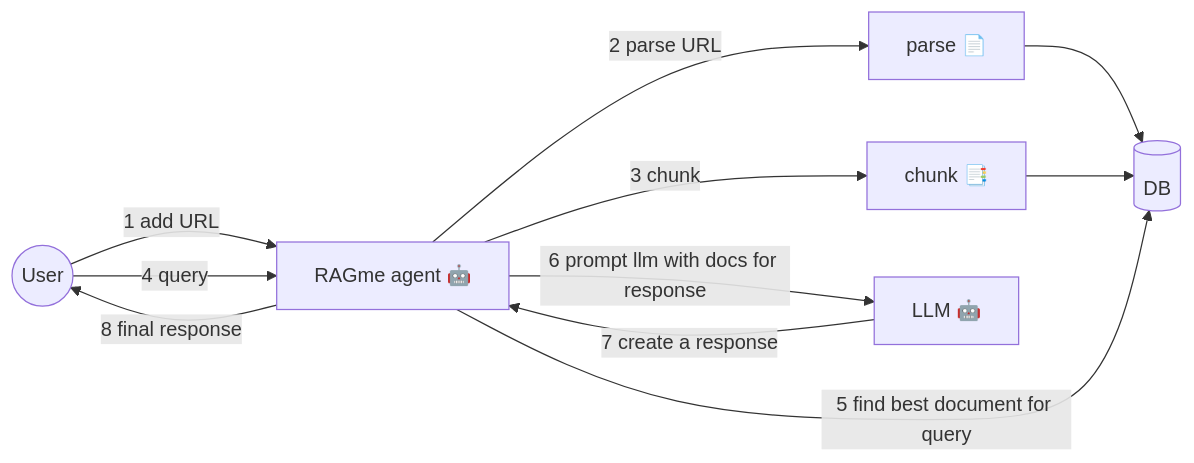
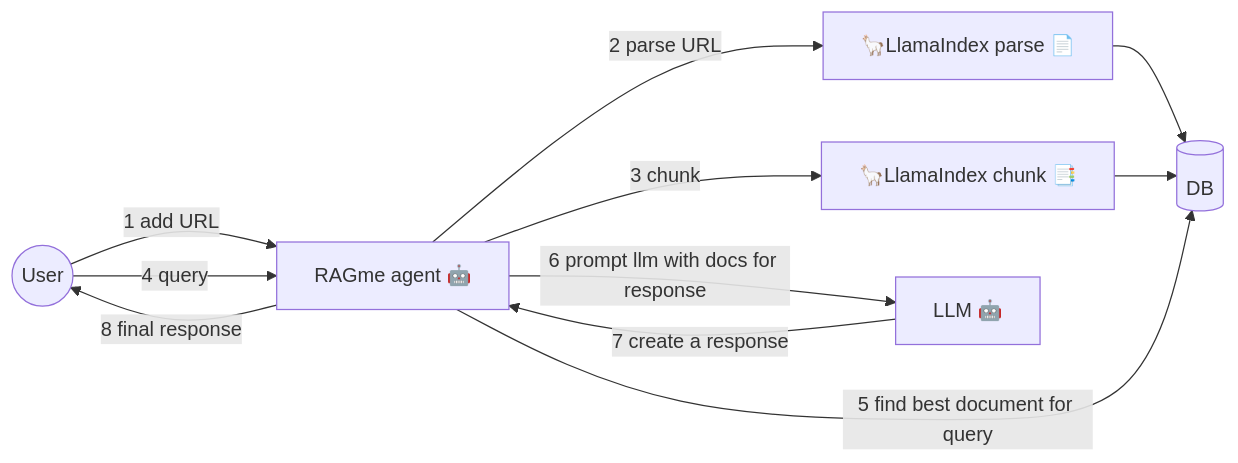
The diagram in README.md (maximilien/ragme-io), drawn with Mermaid before and after one commit.

````diff
--- a/README.md
+++ b/README.md
@@ -100,17 +100,17 @@
 ```mermaid
 flowchart LR
     user((User)) -- "1 add URL" --> ragme-agent["RAGme agent 🤖"]
 
-    ragme-agent -- "2 parse URL" --> llama-index-parse["parse 📄"]
-    ragme-agent -- "3 chunk" --> llama-index-chunk["chunk 📑"]
+    ragme-agent -- "2 parse URL" --> llama-index-parse["🦙LlamaIndex parse 📄"]
+    ragme-agent -- "3 chunk" --> llama-index-chunk["🦙LlamaIndex chunk 📑"]
     llama-index-parse --> vector-db[(DB)]
     llama-index-chunk --> vector-db[(DB)]
 
     user((User)) -- "4 query" --> ragme-agent["RAGme agent 🤖"]
     ragme-agent -- "5 find best document for query" --> vector-db[(DB)]
     
     ragme-agent -- "6 prompt llm with docs for response" --> llm["LLM 🤖"]
     llm -- "7 create a response" --> ragme-agent
     
     ragme-agent -- "8 final response" --> user((User))
 ```
````
